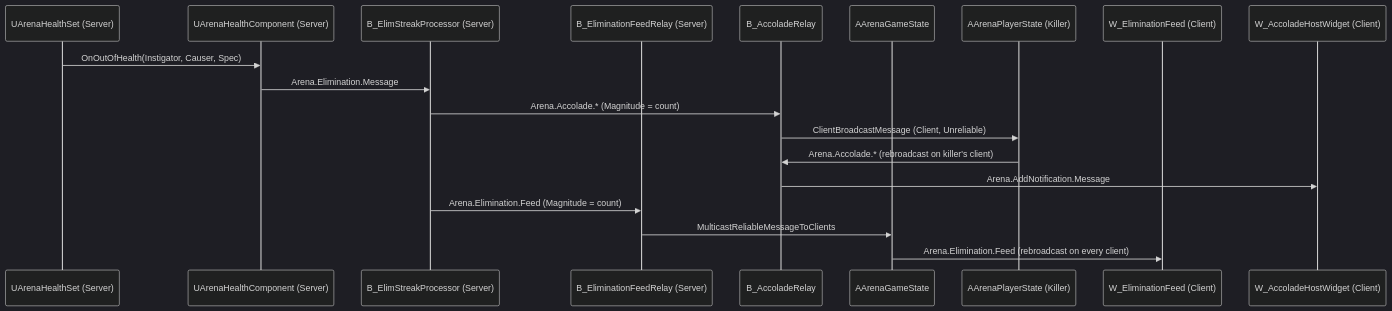
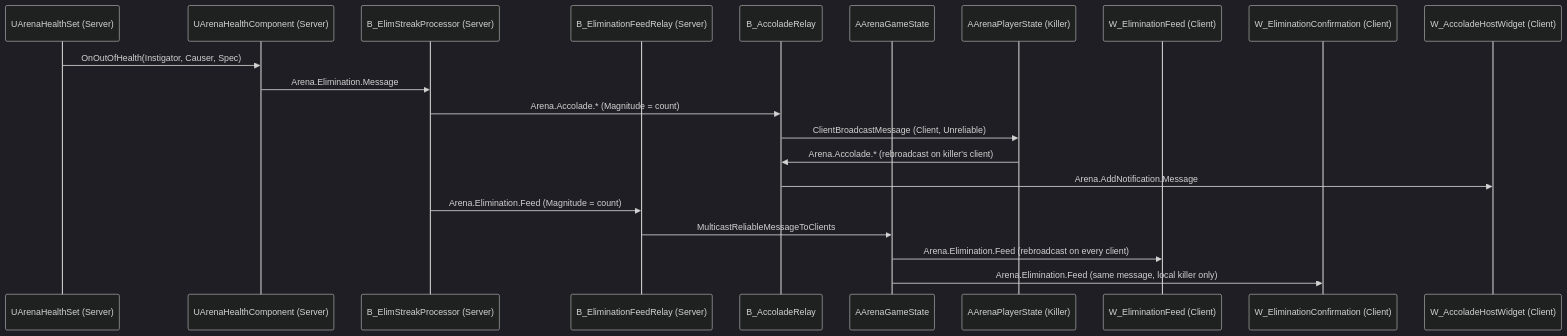
Before and after one commit to FutureWayne/ProjectDLLM: the diagram in Docs/EliminationNotifications.md, drawn with Mermaid (dark theme). The commit also changed other lines of this file and 18 other files, not shown here.

First line of the commit message:
Add personal elimination confirmation stack below the reticle

````diff
--- a/Docs/EliminationNotifications.md
+++ b/Docs/EliminationNotifications.md
@@ -9,22 +10,24 @@
 ```mermaid
 sequenceDiagram
     participant HS as UArenaHealthSet (Server)
     participant HC as UArenaHealthComponent (Server)
     participant SP as B_ElimStreakProcessor (Server)
     participant FR as B_EliminationFeedRelay (Server)
     participant AR as B_AccoladeRelay
     participant GS as AArenaGameState
     participant PS as AArenaPlayerState (Killer)
     participant Feed as W_EliminationFeed (Client)
+    participant Confirm as W_EliminationConfirmation (Client)
     participant Host as W_AccoladeHostWidget (Client)
 
     HS->>HC: OnOutOfHealth(Instigator, Causer, Spec)
     HC->>SP: Arena.Elimination.Message
     SP->>AR: Arena.Accolade.* (Magnitude = count)
     AR->>PS: ClientBroadcastMessage (Client, Unreliable)
     PS->>AR: Arena.Accolade.* (rebroadcast on killer's client)
     AR->>Host: Arena.AddNotification.Message
     SP->>FR: Arena.Elimination.Feed (Magnitude = count)
     FR->>GS: MulticastReliableMessageToClients
     GS->>Feed: Arena.Elimination.Feed (rebroadcast on every client)
+    GS->>Confirm: Arena.Elimination.Feed (same message, local killer only)
 ```
````
